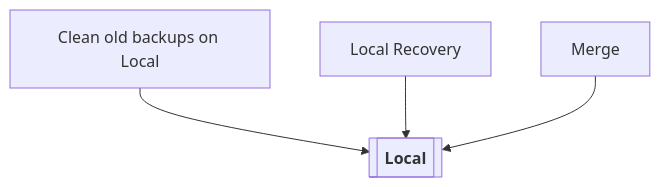
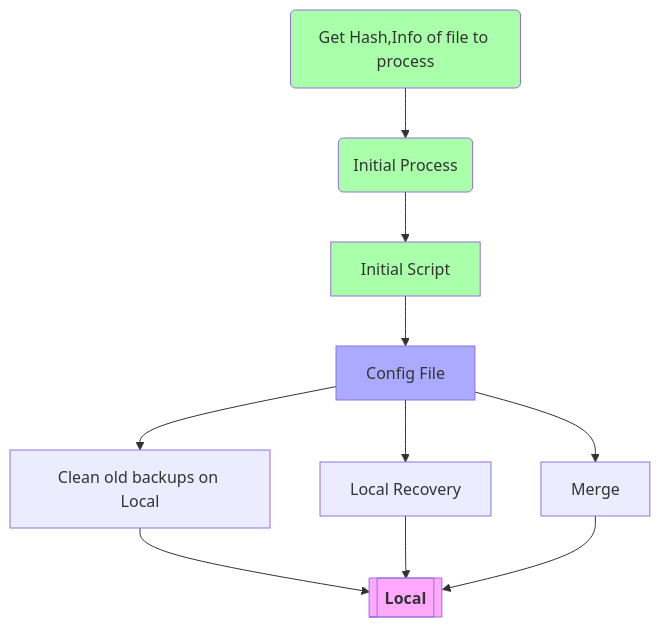
One commit to clintwebb/bakker changed the first of 6 diagrams in notes/plan.md. Above: the diagram before and after it, drawn with Mermaid. The commit also changed 1 other file, not shown here.

Commit message:
General Local Process

````diff
--- a/notes/plan.md
+++ b/notes/plan.md
@@ -3,14 +3,36 @@
 ```mermaid
 flowchart TD;
-    %% To mark an item as completed (green)
+    %% To mark an item as completed (afa=green, faf=purple, aaf=blue)
     %% style EXAMPLE fill:#afa
 
     %% To provide a link
     %% A[<a href='https://google.com'>works</a>]
+    %%--------------
+
+    %% Completed (#afa)
+    style FEAT_INIT fill:#afa
+    style FUNC_HASH fill:#afa
+    style FUNC_PROCESS fill:#afa
+
+    %% Active (#aaf)
+    style FEAT_CONFIG fill:#aaf
+
+    FUNC_HASH(Get Hash,Info of file to process) -->
+    FUNC_PROCESS(Initial Process) -->
+
+    %% Init Script that can handle the basics of local backups.
+    FEAT_INIT[Initial Script] --> FEAT_CONFIG
+
+    FEAT_CONFIG[Config File] -->
 
     FEAT_LOCAL_CLEAN[Clean old backups on Local] --> TARG_LOCAL
+
     FEAT_LOCAL_RECOVER[Local Recovery] --> TARG_LOCAL
+    FEAT_CONFIG --> FEAT_LOCAL_RECOVER
+
     FEAT_MERGE[Merge] --> TARG_LOCAL
+    FEAT_CONFIG --> FEAT_MERGE
+
     TARG_LOCAL[["`**Local**`"]]
-
+    style TARG_LOCAL fill:#faf
 ```
````
